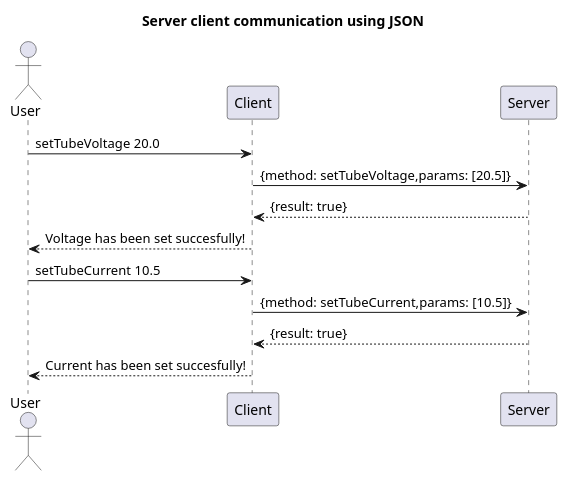
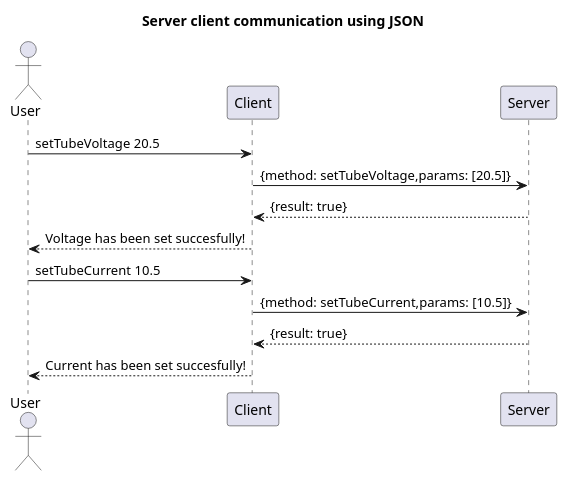
The second of 4 diagrams in workshop/doc/workshop.md (a-kuntz/JsonRPC), drawn with PlantUML before and after one commit. The commit also changed other lines of this file and 3 other files, not shown here.

````diff
--- a/workshop/doc/workshop.md
+++ b/workshop/doc/workshop.md
@@ -45,14 +45,14 @@
 ```plantuml
 @startuml
 title Server client communication using JSON
 actor User
-User -> Client: setTubeVoltage 20.0
+User -> Client: setTubeVoltage 20.5
 Client -> Server: {method: setTubeVoltage,params: [20.5]}
 Server --> Client: {result: true}
 Client --> User: Voltage has been set succesfully!
 User -> Client: setTubeCurrent 10.5
 Client -> Server: {method: setTubeCurrent,params: [10.5]}
 Server --> Client: {result: true}
 Client --> User: Current has been set succesfully!
 @enduml
 ```
````
